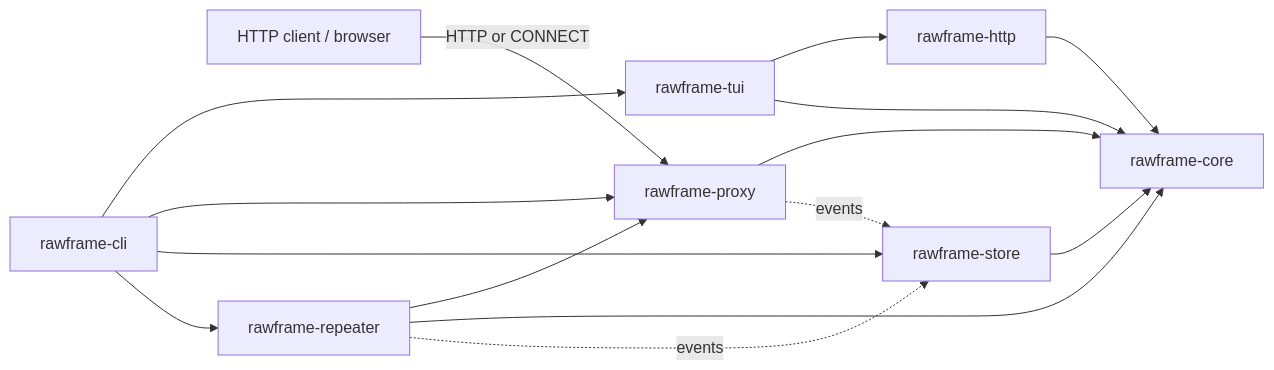
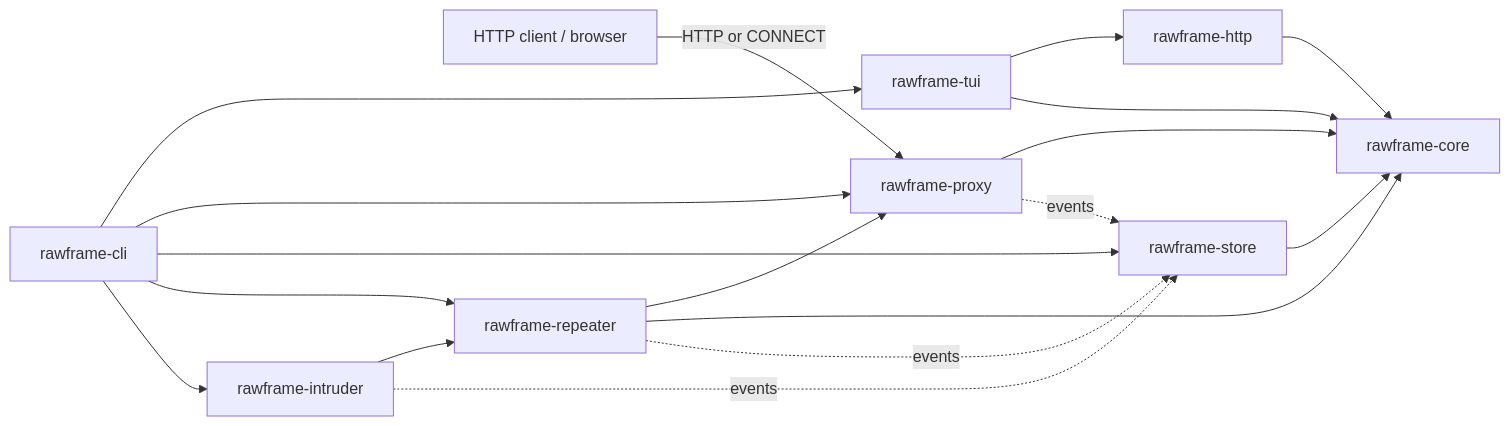
The diagram in README.md (dustin04x/RAWFR4ME), drawn with Mermaid before and after one commit. The commit also changed other lines of this file and 63 other files, not shown here.

````diff
--- a/README.md
+++ b/README.md
@@ -129,17 +150,20 @@
 ```mermaid
 flowchart LR
     client[HTTP client / browser] -->|HTTP or CONNECT| proxy[rawframe-proxy]
     cli[rawframe-cli] --> tui[rawframe-tui]
     cli --> proxy
     cli --> store[rawframe-store]
     cli --> repeater[rawframe-repeater]
+    cli --> intruder[rawframe-intruder]
     repeater --> proxy
+    intruder --> repeater
     tui --> http[rawframe-http]
     tui --> core[rawframe-core]
     proxy --> core
     store --> core
     repeater --> core
     http --> core
     proxy -. events .-> store
     repeater -. events .-> store
+    intruder -. events .-> store
 ```
````
